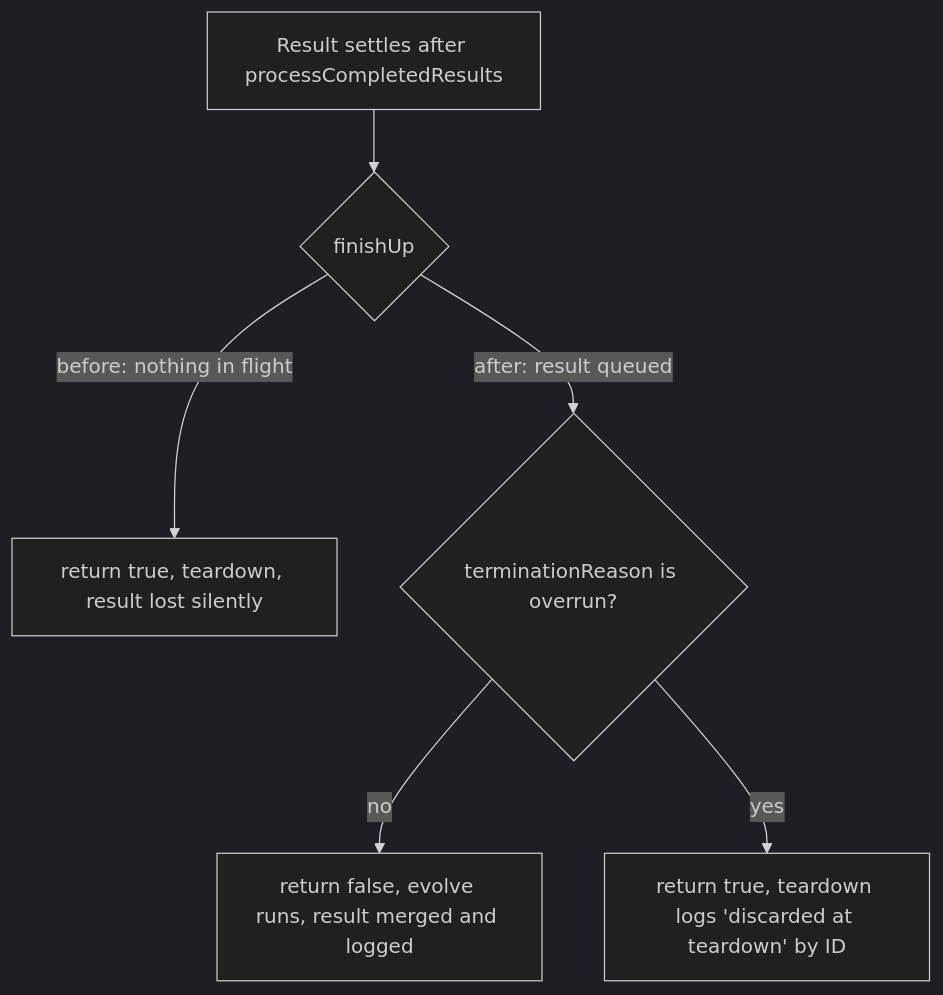
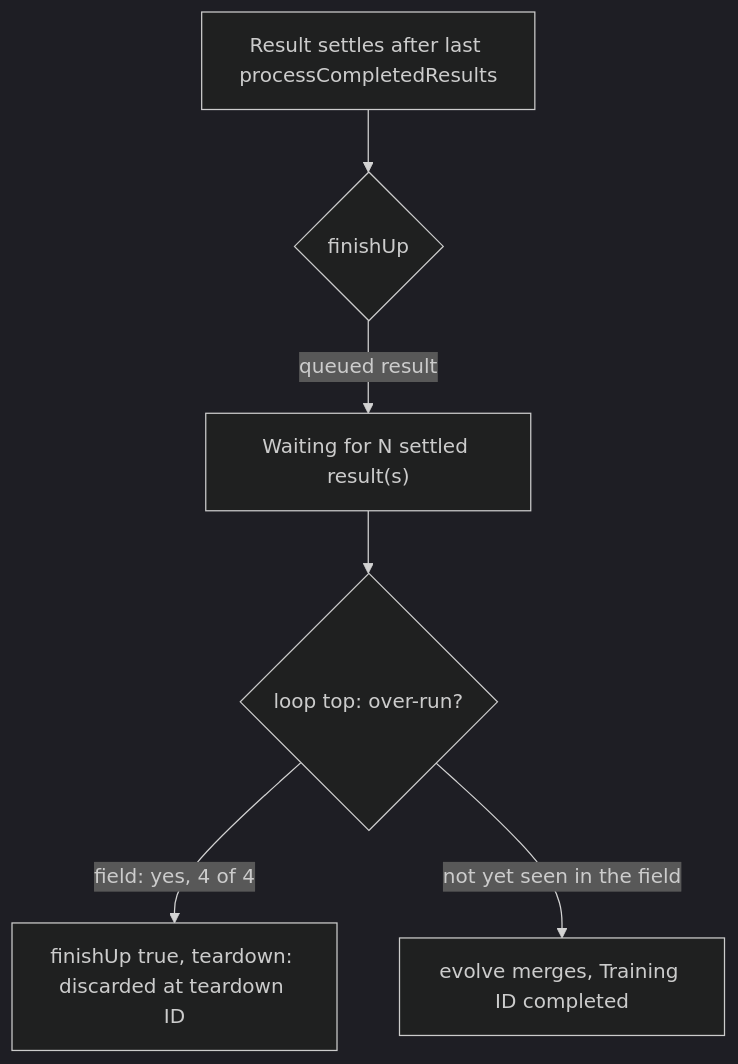
One commit to stSoftwareAU/NEAT-AI changed the diagram in docs/archive/pr-summaries/pr-summary-4099.md. Above: the diagram before and after it, drawn with Mermaid (dark theme). The commit also changed other lines of this file and 1 other file, not shown here.

First line of the commit message:
Record field evidence for the settled-result teardown fix (Part of #4099) (#4137)

````diff
--- a/docs/archive/pr-summaries/pr-summary-4099.md
+++ b/docs/archive/pr-summaries/pr-summary-4099.md
@@ -80,8 +120,8 @@
 ```mermaid
 flowchart TD
-    A[Result settles after processCompletedResults] --> B{finishUp}
-    B -- before: nothing in flight --> C[return true, teardown, result lost silently]
-    B -- after: result queued --> D{terminationReason is overrun?}
-    D -- no --> E[return false, evolve runs, result merged and logged]
-    D -- yes --> F[return true, teardown logs 'discarded at teardown' by ID]
+    A[Result settles after last processCompletedResults] --> B{finishUp}
+    B -- queued result --> C["Waiting for N settled result(s)"]
+    C --> D{loop top: over-run?}
+    D -- field: yes, 4 of 4 --> E["finishUp true, teardown: discarded at teardown ID"]
+    D -- not yet seen in the field --> F[evolve merges, Training ID completed]
 ```
````
